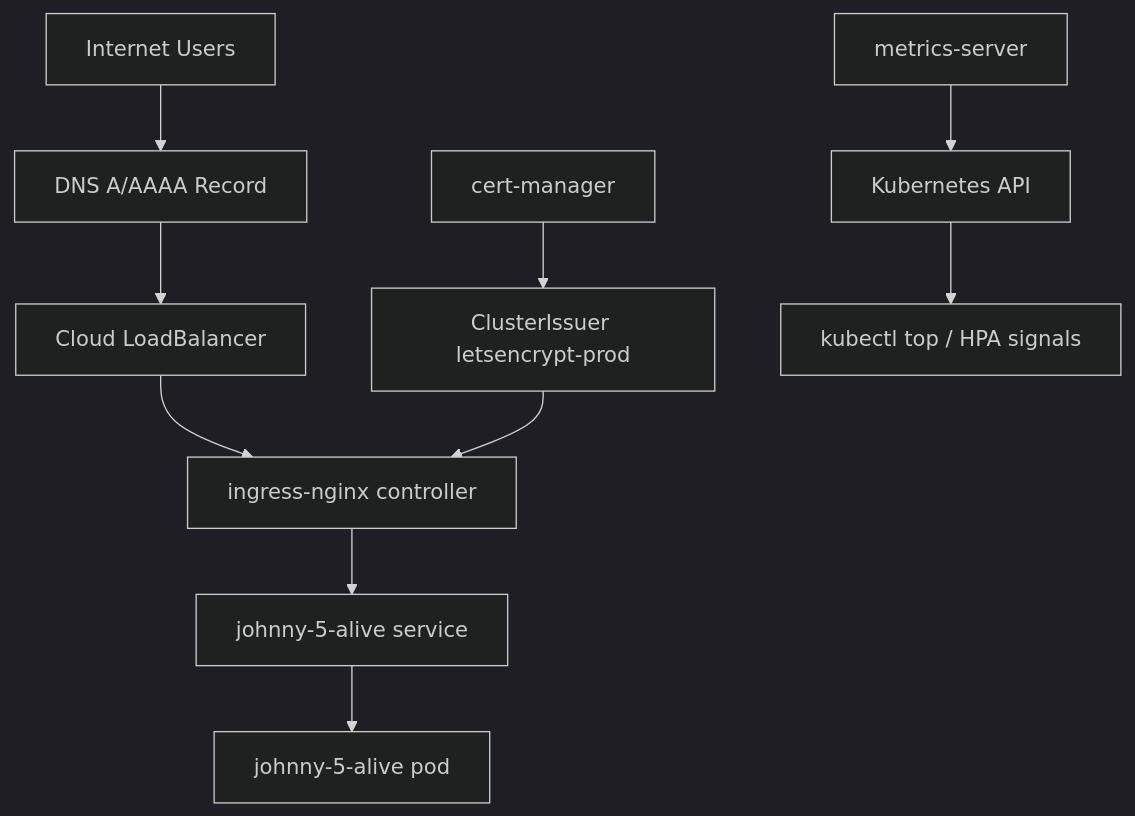
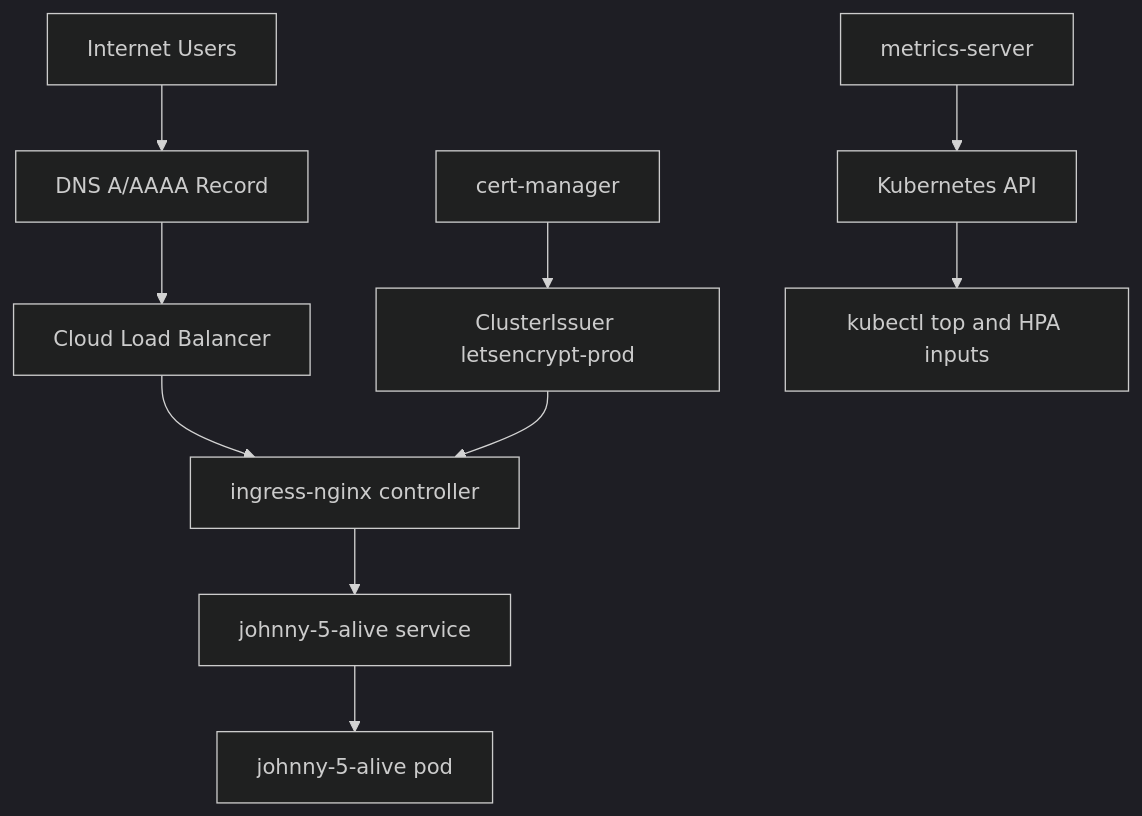
The diagram in README.md (derekpedersen/kube-me-up), drawn with Mermaid (dark theme) before and after one commit. The commit also changed other lines of this file and 5 other files, not shown here.

````diff
--- a/README.md
+++ b/README.md
@@ -54,14 +29,14 @@
 ```mermaid
 flowchart TD
-    U[Internet Users] --> DNS[DNS A/AAAA Record]
-    DNS --> LB[Cloud LoadBalancer]
-    LB --> NGINX[ingress-nginx controller]
-    NGINX --> APP[johnny-5-alive service]
-    APP --> POD[johnny-5-alive pod]
+        U[Internet Users] --> DNS[DNS A/AAAA Record]
+        DNS --> LB[Cloud Load Balancer]
+        LB --> NGINX[ingress-nginx controller]
+        NGINX --> APP[johnny-5-alive service]
+        APP --> POD[johnny-5-alive pod]
 
-    CM[cert-manager] --> ISSUER[ClusterIssuer letsencrypt-prod]
-    ISSUER --> NGINX
+        CM[cert-manager] --> ISSUER[ClusterIssuer letsencrypt-prod]
+        ISSUER --> NGINX
 
-    METRICS[metrics-server] --> K8S[Kubernetes API]
-    K8S --> OPS[kubectl top / HPA signals]
+        METRICS[metrics-server] --> K8S[Kubernetes API]
+        K8S --> OPS[kubectl top and HPA inputs]
 ```
````
